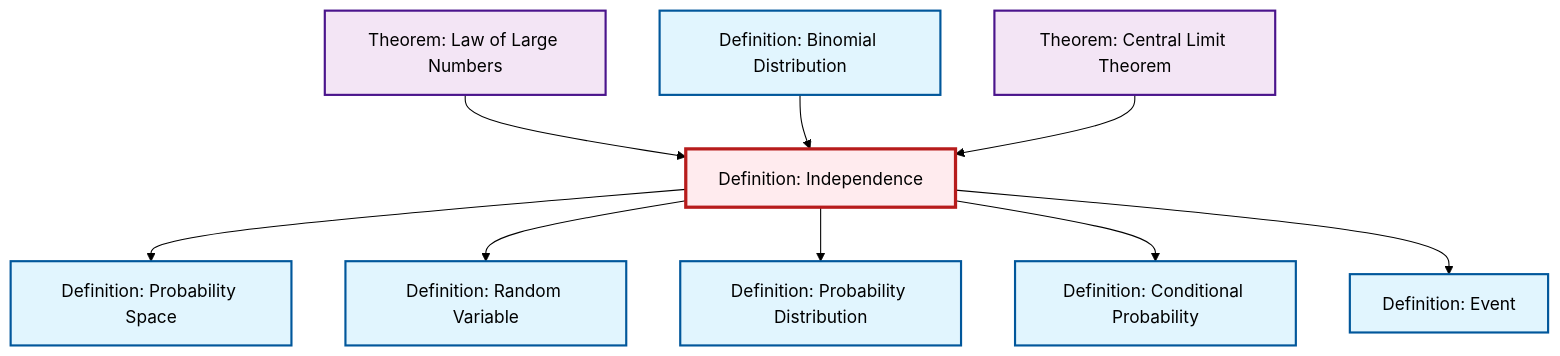
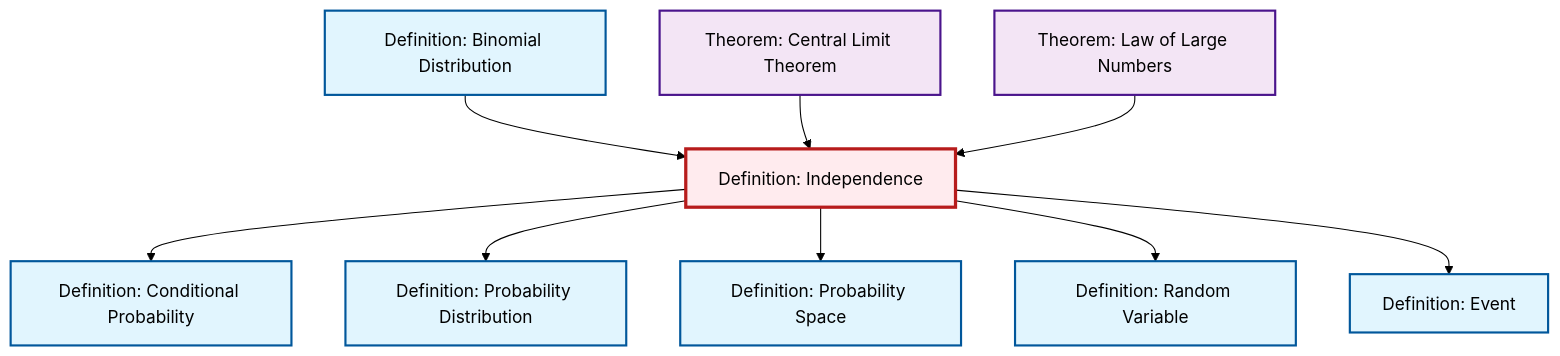
The diagram in content/en/probability-statistics/def-independence.qmd (RK0429/ModernMath), drawn with Mermaid (forest theme) before and after one commit. The commit also changed other lines of this file and 1012 other files, not shown here.

````diff
--- a/content/en/probability-statistics/def-independence.qmd
+++ b/content/en/probability-statistics/def-independence.qmd
@@ -114,35 +114,35 @@
 ```{mermaid}
 %%| fig-cap: "Local dependency graph"
 graph TD
     classDef definition fill:#e1f5fe,stroke:#01579b,stroke-width:2px
     classDef theorem fill:#f3e5f5,stroke:#4a148c,stroke-width:2px
     classDef axiom fill:#fff3e0,stroke:#e65100,stroke-width:2px
     classDef example fill:#e8f5e9,stroke:#1b5e20,stroke-width:2px
     classDef current fill:#ffebee,stroke:#b71c1c,stroke-width:3px
+    def-probability-distribution["Definition: Probability Distribution"]:::definition
     def-conditional-probability["Definition: Conditional Probability"]:::definition
     thm-central-limit["Theorem: Central Limit Theorem"]:::theorem
-    def-binomial-distribution["Definition: Binomial Distribution"]:::definition
     def-random-variable["Definition: Random Variable"]:::definition
     def-event["Definition: Event"]:::definition
+    def-binomial-distribution["Definition: Binomial Distribution"]:::definition
+    def-independence["Definition: Independence"]:::definition
+    thm-law-of-large-numbers["Theorem: Law of Large Numbers"]:::theorem
     def-probability-space["Definition: Probability Space"]:::definition
-    thm-law-of-large-numbers["Theorem: Law of Large Numbers"]:::theorem
-    def-independence["Definition: Independence"]:::definition
-    def-probability-distribution["Definition: Probability Distribution"]:::definition
+    def-binomial-distribution --> def-independence
+    def-independence --> def-conditional-probability
+    thm-central-limit --> def-independence
+    def-independence --> def-probability-distribution
     thm-law-of-large-numbers --> def-independence
     def-independence --> def-probability-space
     def-independence --> def-random-variable
-    def-independence --> def-probability-distribution
-    def-independence --> def-conditional-probability
     def-independence --> def-event
-    def-binomial-distribution --> def-independence
-    thm-central-limit --> def-independence
     class def-independence current
+    click def-probability-distribution "def-probability-distribution.html" "Go to Probability Distribution definition"
     click def-conditional-probability "def-conditional-probability.html" "Go to Conditional Probability definition"
     click thm-central-limit "thm-central-limit.html" "Go to Central Limit Theorem theorem"
-    click def-binomial-distribution "def-binomial-distribution.html" "Go to Binomial Distribution definition"
     click def-random-variable "def-random-variable.html" "Go to Random Variable definition"
     click def-event "def-event.html" "Go to Event definition"
+    click def-binomial-distribution "def-binomial-distribution.html" "Go to Binomial Distribution definition"
+    click thm-law-of-large-numbers "thm-law-of-large-numbers.html" "Go to Law of Large Numbers theorem"
     click def-probability-space "def-probability-space.html" "Go to Probability Space definition"
-    click thm-law-of-large-numbers "thm-law-of-large-numbers.html" "Go to Law of Large Numbers theorem"
-    click def-probability-distribution "def-probability-distribution.html" "Go to Probability Distribution definition"
 ```
````
